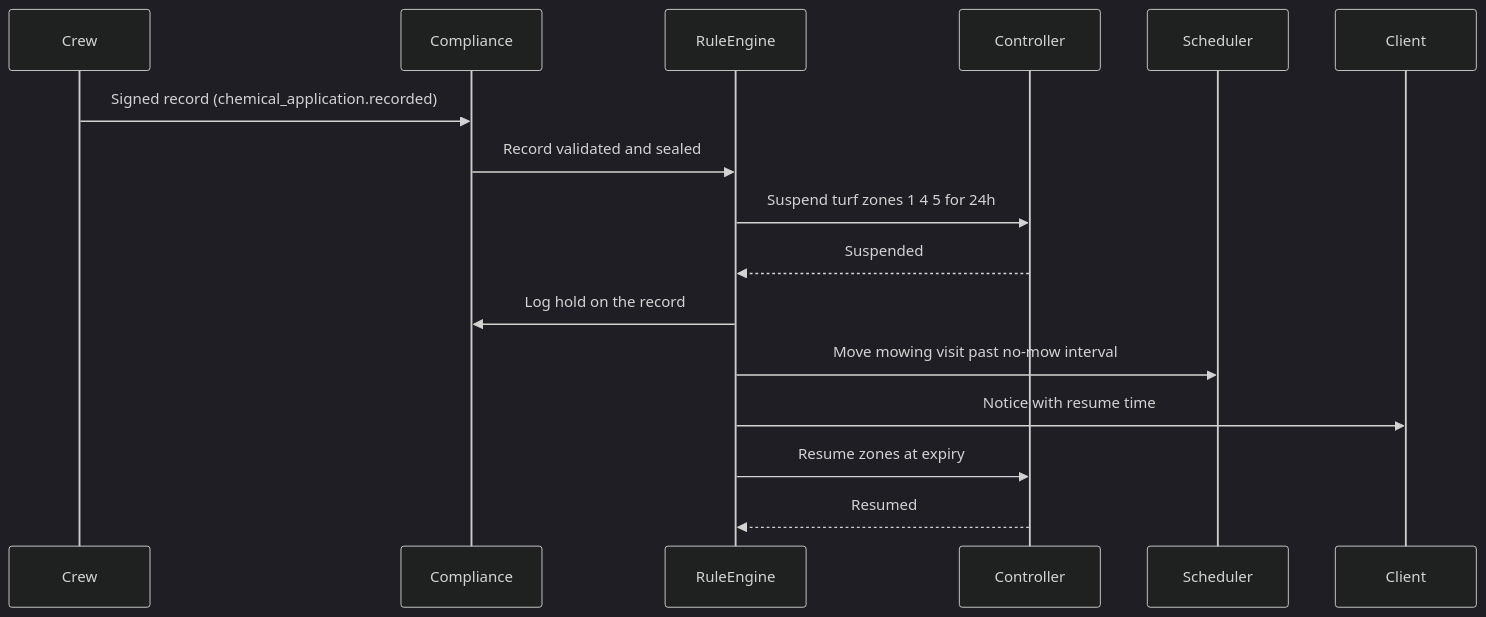
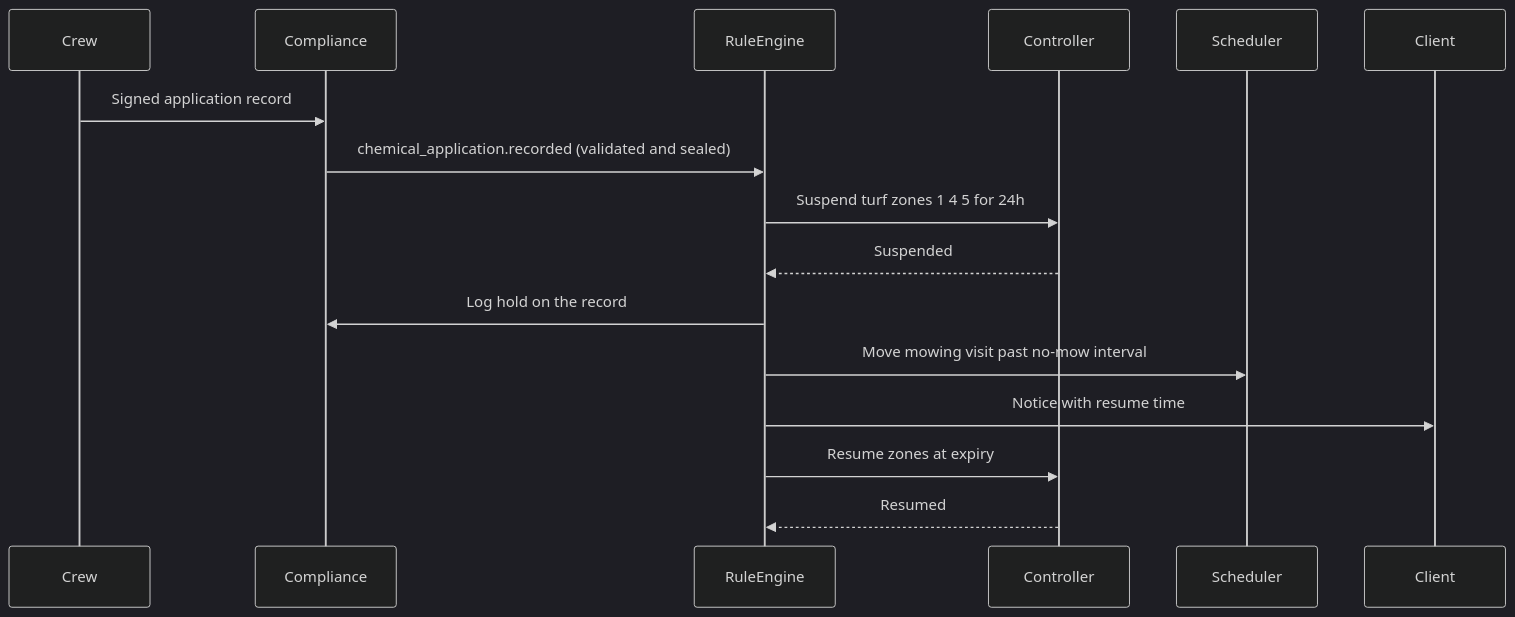
Diagram 16 of 23 in docs/14-service-line-modules.md (jdinard/landscape), drawn with Mermaid (dark theme) before and after one commit. The commit also changed other lines of this file and 6 other files, not shown here.

````diff
--- a/docs/14-service-line-modules.md
+++ b/docs/14-service-line-modules.md
@@ -1449,18 +1449,18 @@
 ```mermaid
 sequenceDiagram
     participant Crew
     participant Compliance
     participant Rules as RuleEngine
     participant Ctrl as Controller
     participant Sched as Scheduler
     participant Client
-    Crew->>Compliance: Signed record (chemical_application.recorded)
-    Compliance->>Rules: Record validated and sealed
+    Crew->>Compliance: Signed application record
+    Compliance->>Rules: chemical_application.recorded (validated and sealed)
     Rules->>Ctrl: Suspend turf zones 1 4 5 for 24h
     Ctrl-->>Rules: Suspended
     Rules->>Compliance: Log hold on the record
     Rules->>Sched: Move mowing visit past no-mow interval
     Rules->>Client: Notice with resume time
     Rules->>Ctrl: Resume zones at expiry
     Ctrl-->>Rules: Resumed
 ```
````
